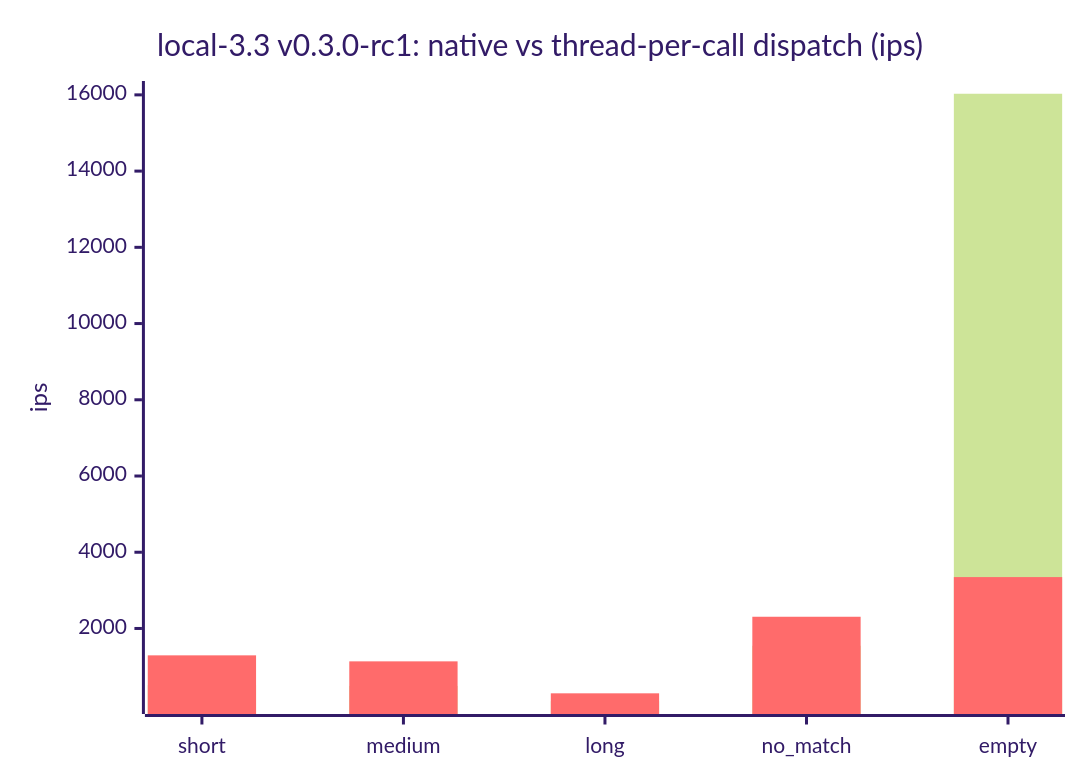
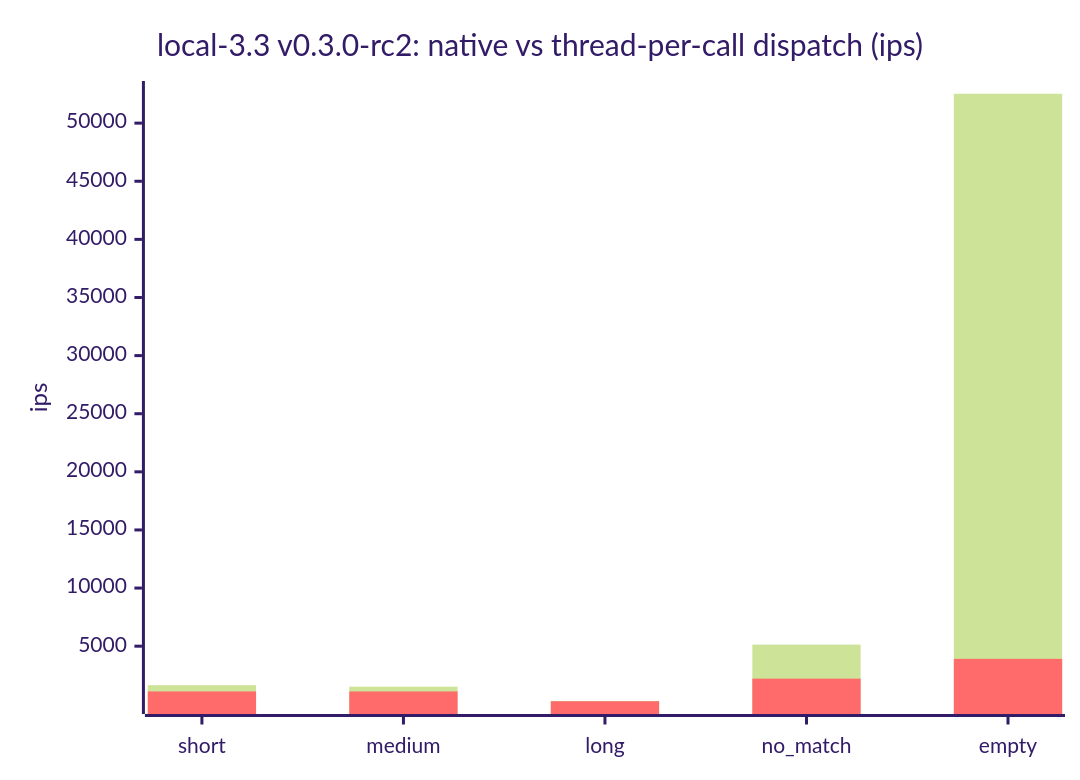
Before and after one commit to cpb/duckling: the third of 7 diagrams in docs/benchmarks/README.md, drawn with Mermaid (forest theme). The commit also changed other lines of this file and 2 other files, not shown here.

First line of the commit message:
bench: backfill local-3.3 and local-4.0 data points for 0.3.0-rc2

````diff
--- a/docs/benchmarks/README.md
+++ b/docs/benchmarks/README.md
@@ -128,8 +128,8 @@
 ```mermaid
 xychart-beta
-    title "local-3.3 v0.3.0-rc1: native vs thread-per-call dispatch (ips)"
+    title "local-3.3 v0.3.0-rc2: native vs thread-per-call dispatch (ips)"
     x-axis [short, medium, long, no_match, empty]
     y-axis "ips"
-    bar "native" [513.6, 493.5, 90.3, 1547.1, 16029.5]
-    bar "thread-per-call" [1294.7, 1136.9, 298.4, 2307.3, 3347.9]
+    bar "native" [1645.1, 1516.9, 290.7, 5135.9, 52528.1]
+    bar "thread-per-call" [1107.0, 1103.9, 262.2, 2208.9, 3909.5]
 ```
````
